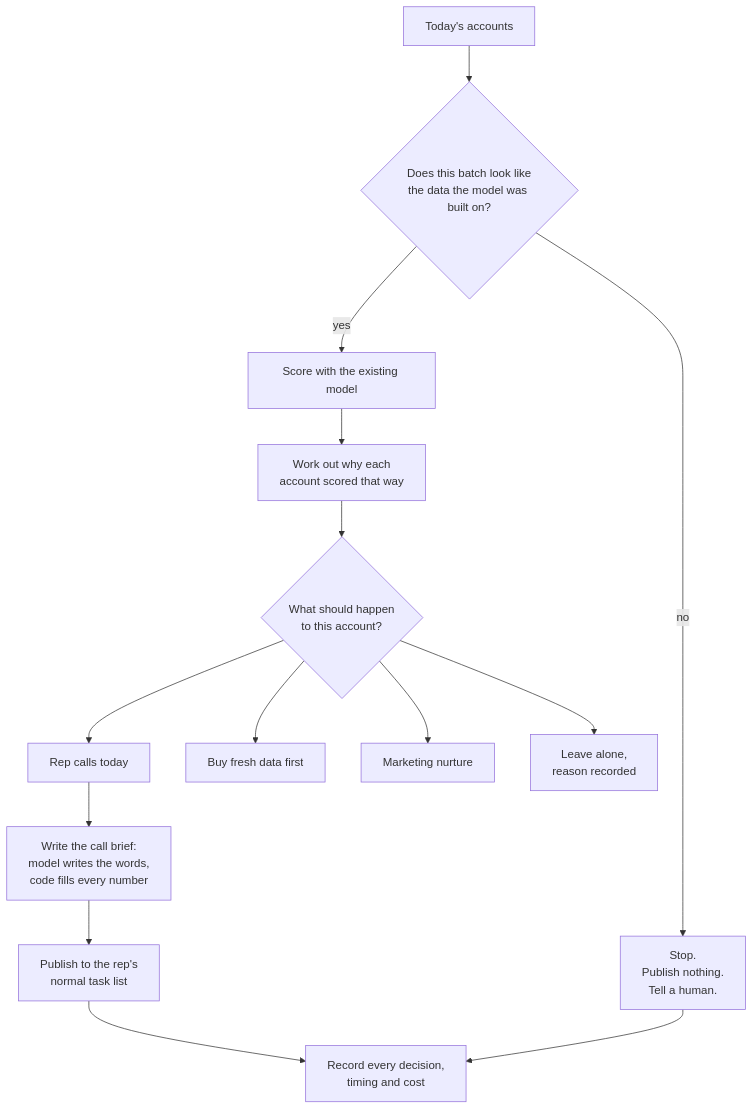
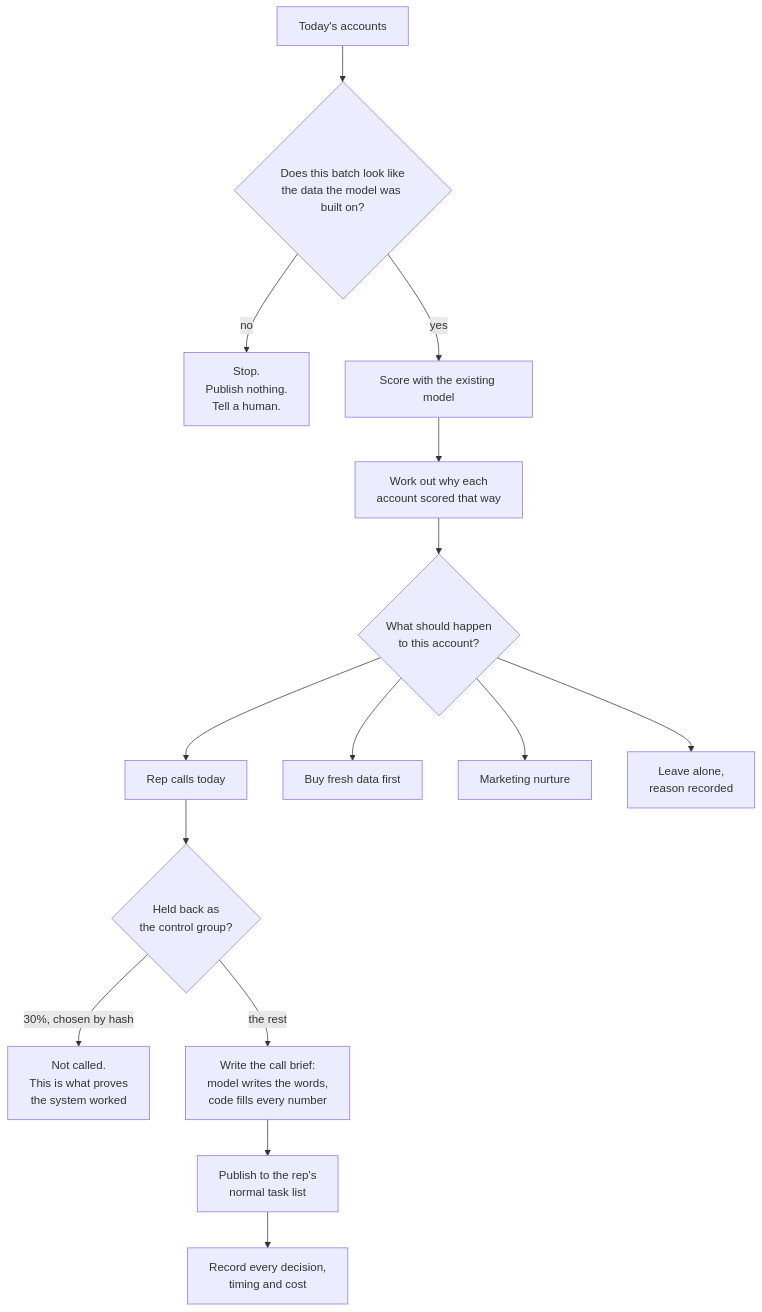
The first of 5 diagrams in README.md (kb2326/cordilla-account-scoring), drawn with Mermaid before and after one commit. The commit also changed other lines of this file, not shown here.

First line of the commit message:
Correct three README diagrams that did not match the code

````diff
--- a/README.md
+++ b/README.md
@@ -67,16 +67,17 @@
 ```mermaid
 flowchart TD
     IN["Today's accounts"] --> CHK{"Does this batch look like<br/>the data the model was built on?"}
     CHK -->|"no"| STOP["Stop.<br/>Publish nothing.<br/>Tell a human."]
     CHK -->|"yes"| SCORE["Score with the existing model"]
     SCORE --> WHY["Work out why each<br/>account scored that way"]
     WHY --> ROUTE{"What should happen<br/>to this account?"}
     ROUTE --> CALL["Rep calls today"]
     ROUTE --> FRESH["Buy fresh data first"]
     ROUTE --> NURT["Marketing nurture"]
     ROUTE --> HOLD["Leave alone,<br/>reason recorded"]
-    CALL --> BRIEF["Write the call brief:<br/>model writes the words,<br/>code fills every number"]
+    CALL --> CTRL{"Held back as<br/>the control group?"}
+    CTRL -->|"30%, chosen by hash"| KEEP["Not called.<br/>This is what proves<br/>the system worked"]
+    CTRL -->|"the rest"| BRIEF["Write the call brief:<br/>model writes the words,<br/>code fills every number"]
     BRIEF --> PUB["Publish to the rep's<br/>normal task list"]
     PUB --> REC["Record every decision,<br/>timing and cost"]
-    STOP --> REC
 ```
````
